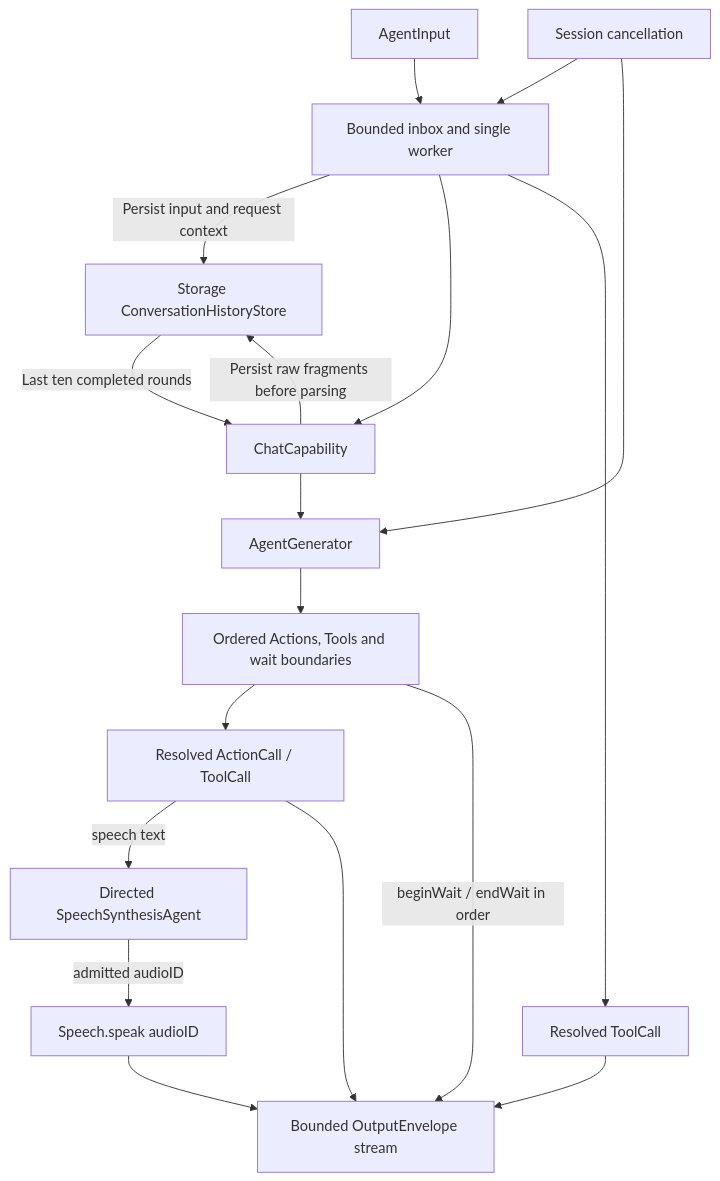
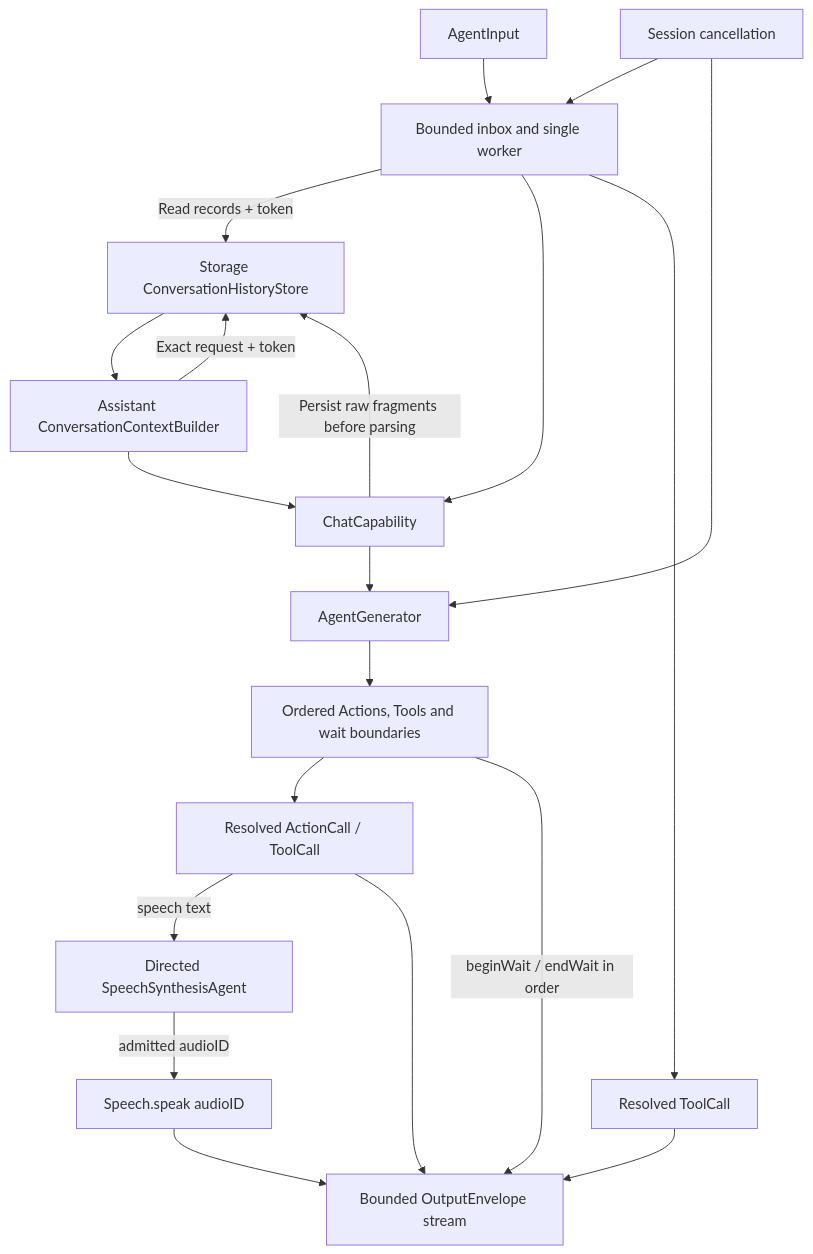
One commit to devilyouwei/MobileHarness changed the first of 5 diagrams in MobileHarness/Agents/Assistant/README.md. Above: the diagram before and after it, drawn with Mermaid. The commit also changed other lines of this file and 44 other files, not shown here.

````diff
--- a/MobileHarness/Agents/Assistant/README.md
+++ b/MobileHarness/Agents/Assistant/README.md
@@ -15,20 +15,22 @@
 ```mermaid
 flowchart TD
     Input[AgentInput] --> Queue[Bounded inbox and single worker]
-    Queue -->|Persist input and request context| History[Storage ConversationHistoryStore]
-    History -->|Last ten completed rounds| Model[ChatCapability]
+    Queue -->|Read records + token| History[Storage ConversationHistoryStore]
+    History --> Builder[Assistant ConversationContextBuilder]
+    Builder -->|Exact request + token| History
+    Builder --> Model[ChatCapability]
     Queue --> Model
     Model -->|Persist raw fragments before parsing| History
     Model --> Parser[AgentGenerator]
     Parser --> Events[Ordered Actions, Tools and wait boundaries]
     Events --> Calls[Resolved ActionCall / ToolCall]
     Events -->|beginWait / endWait in order| Stream
     Calls -->|speech text| Synthesis[Directed SpeechSynthesisAgent]
     Synthesis -->|admitted audioID| Playback[Speech.speak audioID]
     Playback --> Stream
     Queue --> Tool[Resolved ToolCall]
     Calls --> Stream[Bounded OutputEnvelope stream]
     Tool --> Stream
     Cancel[Session cancellation] --> Queue
     Cancel --> Parser
 ```
````
